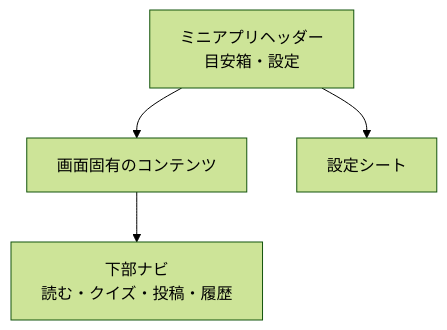
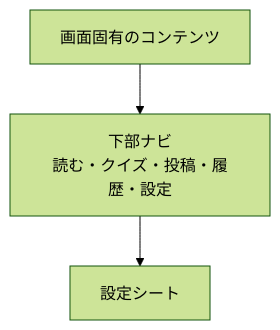
One commit to Digix00/58-Hackathon-202609 changed the diagram in docs/requirements/screens/shared-ui.md. Above: the diagram before and after it, drawn with Mermaid (forest theme). The commit also changed other lines of this file and 12 other files, not shown here.

````diff
--- a/docs/requirements/screens/shared-ui.md
+++ b/docs/requirements/screens/shared-ui.md
@@ -7,11 +7,9 @@
 ```mermaid
 flowchart TB
-  Header["ミニアプリヘッダー<br/>目安箱・設定"]
   Content["画面固有のコンテンツ"]
-  BottomNav["下部ナビ<br/>読む・クイズ・投稿・履歴"]
+  BottomNav["下部ナビ<br/>読む・クイズ・投稿・履歴・設定"]
   Sheet["設定シート"]
 
-  Header --> Content
-  Header --> Sheet
   Content --> BottomNav
+  BottomNav --> Sheet
 ```
````
